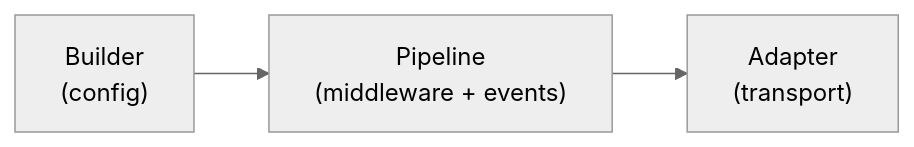
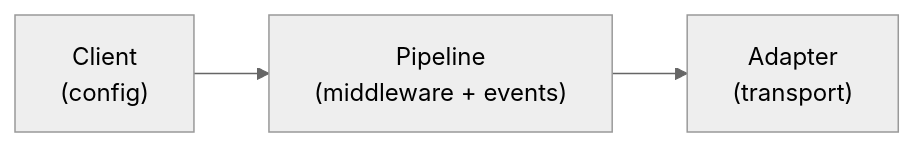
Before and after one commit to xtwis/ohnet: the first of 2 diagrams in docs/en/guide/concepts.md, drawn with Mermaid (neutral theme). The commit also changed other lines of this file and 45 other files, not shown here.

````diff
--- a/docs/en/guide/concepts.md
+++ b/docs/en/guide/concepts.md
@@ -12,5 +12,5 @@
 ```mermaid
 flowchart LR
-    Builder["Builder<br/>(config)"] --> Pipeline["Pipeline<br/>(middleware + events)"]
+    Client["Client<br/>(config)"] --> Pipeline["Pipeline<br/>(middleware + events)"]
     Pipeline --> Adapter["Adapter<br/>(transport)"]
 ```
````
